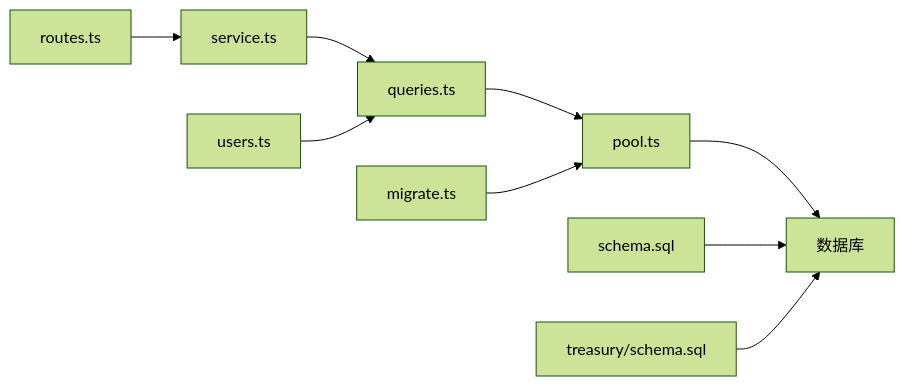
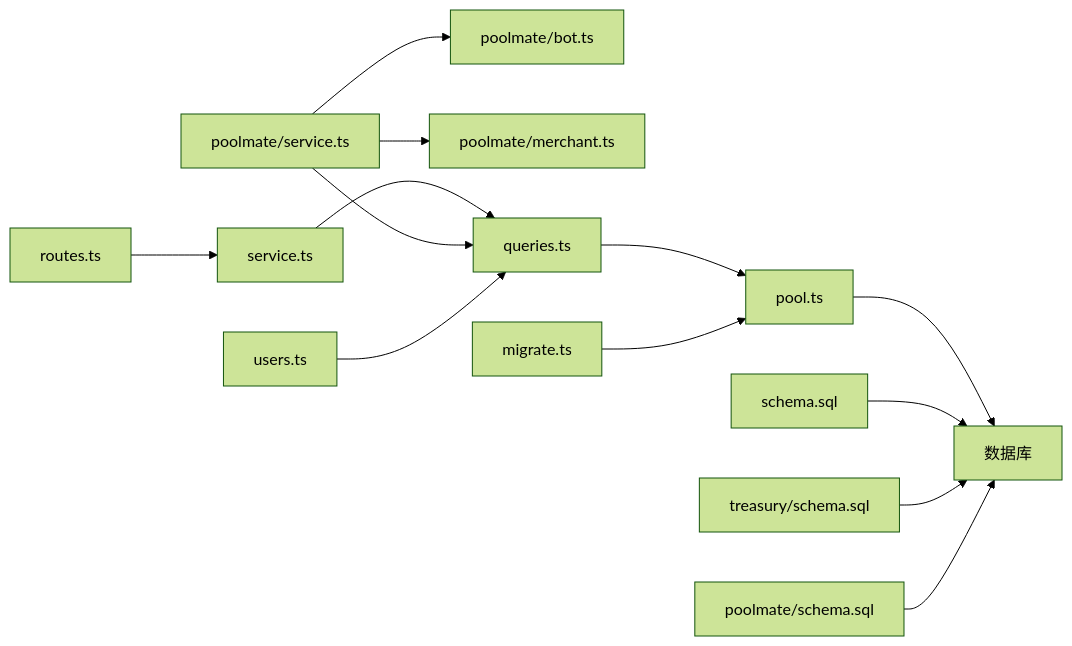
Before and after one commit to Maki3991/study-PactLedger: the tenth of 10 diagrams in .qoder/repowiki/zh/content/数据流与状态管理/数据持久化层.md, drawn with Mermaid (forest theme). The commit also changed other lines of this file and 8 other files, not shown here.

````diff
--- a/.qoder/repowiki/zh/content/数据流与状态管理/数据持久化层.md
+++ b/.qoder/repowiki/zh/content/数据流与状态管理/数据持久化层.md
@@ -335,11 +443,15 @@
 ```mermaid
 graph LR
 Routes["routes.ts"] --> Service["service.ts"]
+PoolmateService["poolmate/service.ts"] --> PoolmateBot["poolmate/bot.ts"]
+PoolmateService --> PoolmateMerchant["poolmate/merchant.ts"]
 Service --> Queries["queries.ts"]
+PoolmateService --> Queries
 Queries --> Pool["pool.ts"]
 Pool --> DB["数据库"]
 Migrate["migrate.ts"] --> Pool
 Schema["schema.sql"] --> DB
 TreasurySchema["treasury/schema.sql"] --> DB
+PoolmateSchema["poolmate/schema.sql"] --> DB
 WebUsers["users.ts"] --> Queries
 ```
````
